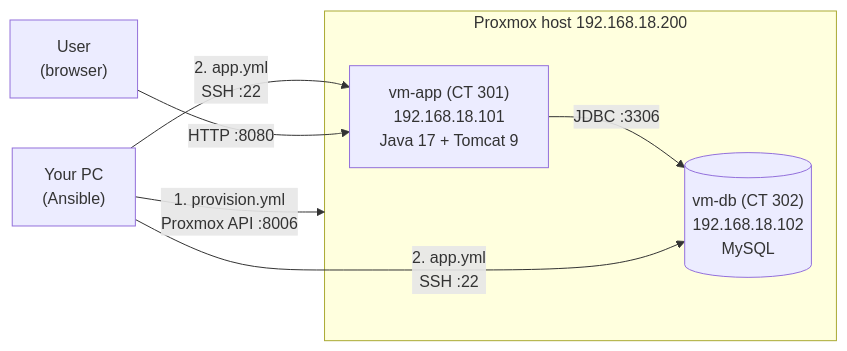
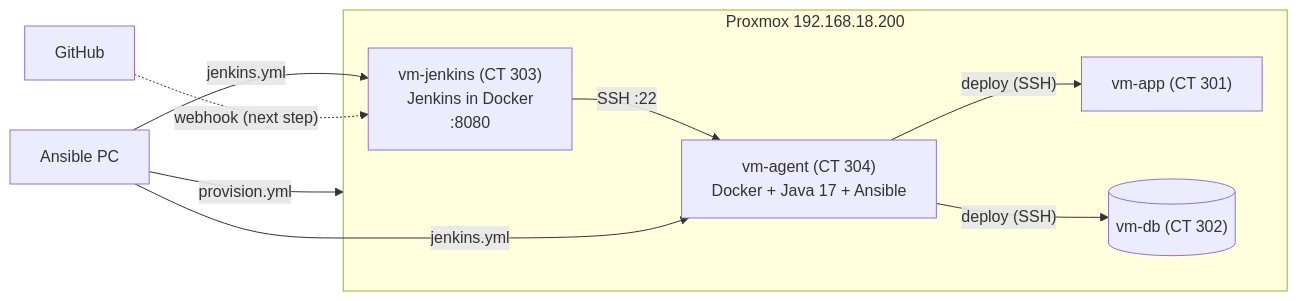
The diagram in README.md (nazariybu/travelagency), drawn with Mermaid before and after one commit. The commit also changed other lines of this file and 4 other files, not shown here.

Commit message:
Update Ansible configuration for Jenkins setup: add Jenkins variables, update inventory, and enhance provisioning script

````diff
--- a/README.md
+++ b/README.md
@@ -10,16 +39,20 @@
 ```mermaid
 flowchart LR
-    PC["Your PC<br/>(Ansible)"]
-    U["User<br/>(browser)"]
+    PC["Ansible PC"]
+    GH["GitHub"]
 
-    subgraph PVE["Proxmox host 192.168.18.200"]
-        APP["vm-app (CT 301)<br/>192.168.18.101<br/>Java 17 + Tomcat 9"]
-        DB[("vm-db (CT 302)<br/>192.168.18.102<br/>MySQL")]
-        APP -->|"JDBC :3306"| DB
+    subgraph PVE["Proxmox 192.168.18.200"]
+        J["vm-jenkins (CT 303)<br/>Jenkins in Docker<br/>:8080"]
+        AG["vm-agent (CT 304)<br/>Docker + Java 17 + Ansible"]
+        APP["vm-app (CT 301)"]
+        DB[("vm-db (CT 302)")]
+        J -->|"SSH :22"| AG
+        AG -->|"deploy (SSH)"| APP
+        AG -->|"deploy (SSH)"| DB
     end
 
-    PC -->|"1. provision.yml<br/>Proxmox API :8006"| PVE
-    PC -->|"2. app.yml<br/>SSH :22"| APP
-    PC -->|"2. app.yml<br/>SSH :22"| DB
-    U -->|"HTTP :8080"| APP
+    PC -->|"provision.yml"| PVE
+    PC -->|"jenkins.yml"| J
+    PC -->|"jenkins.yml"| AG
+    GH -.->|"webhook (next step)"| J
 ```
````
